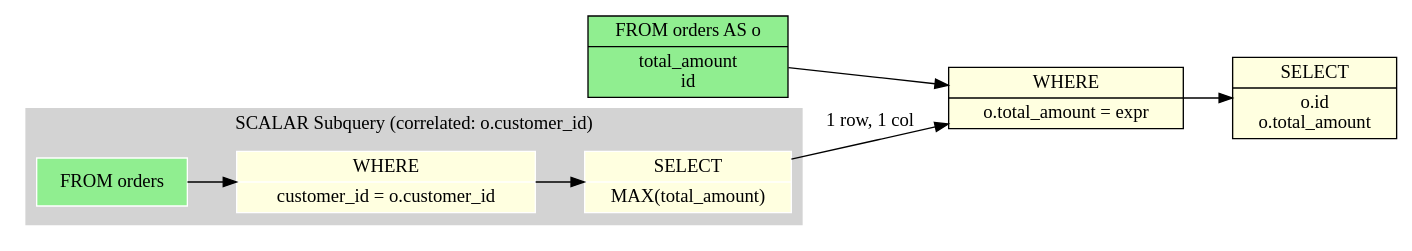
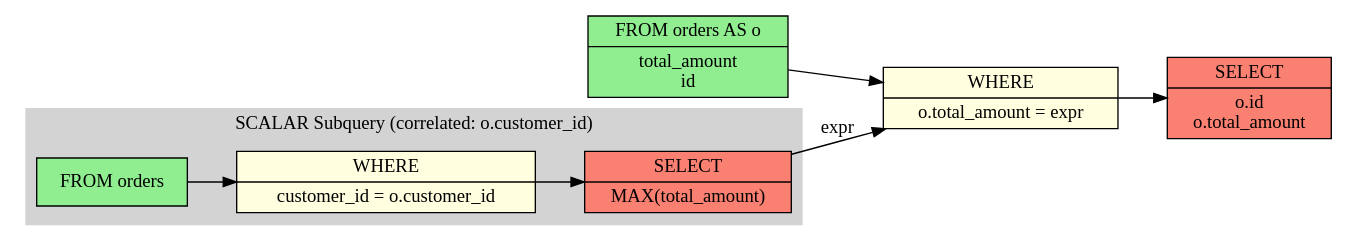
Before and after one commit to rot1024/sqloflow: the diagram in examples/subquery_scalar.dot, drawn with Graphviz. The commit also changed 76 other files, not shown here.

```diff
--- a/examples/subquery_scalar.dot
+++ b/examples/subquery_scalar.dot
@@ -1,34 +1,33 @@
 digraph schema_flow {
   rankdir=LR;
   node [shape=record];
 
   // Source tables
   node_0 [label="FROM orders AS o|total_amount\nid", style=filled, fillcolor=lightgreen];
 
   // Operations
   node_1 [label="WHERE|o.total_amount = expr", style=filled, fillcolor=lightyellow];
-  node_3 [label="SELECT|o.id\no.total_amount", style=filled, fillcolor=lightyellow];
+  node_3 [label="SELECT|o.id\no.total_amount", style=filled, fillcolor=salmon];
 
   // Data flow edges
 
   // JOIN operations with table info
   node_0 -> node_1;
   node_1 -> node_3;
 
   subgraph cluster_node_2 {
     label="SCALAR Subquery (correlated: o.customer_id)";
     style=filled;
     color=lightgrey;
-    node [style=filled,color=white];
     // Source tables
     subq_0_node_0 [label="FROM orders", style=filled, fillcolor=lightgreen];
     // Operations
     subq_0_node_1 [label="WHERE|customer_id = o.customer_id", style=filled, fillcolor=lightyellow];
-    subq_0_node_2 [label="SELECT|MAX(total_amount)", style=filled, fillcolor=lightyellow];
+    subq_0_node_2 [label="SELECT|MAX(total_amount)", style=filled, fillcolor=salmon];
     // Data flow edges
     // JOIN operations with table info
     subq_0_node_0 -> subq_0_node_1;
     subq_0_node_1 -> subq_0_node_2;
   }
-  subq_0_node_2 -> node_1 [label="1 row, 1 col"];
+  subq_0_node_2 -> node_1 [label="expr"];
 }
```
